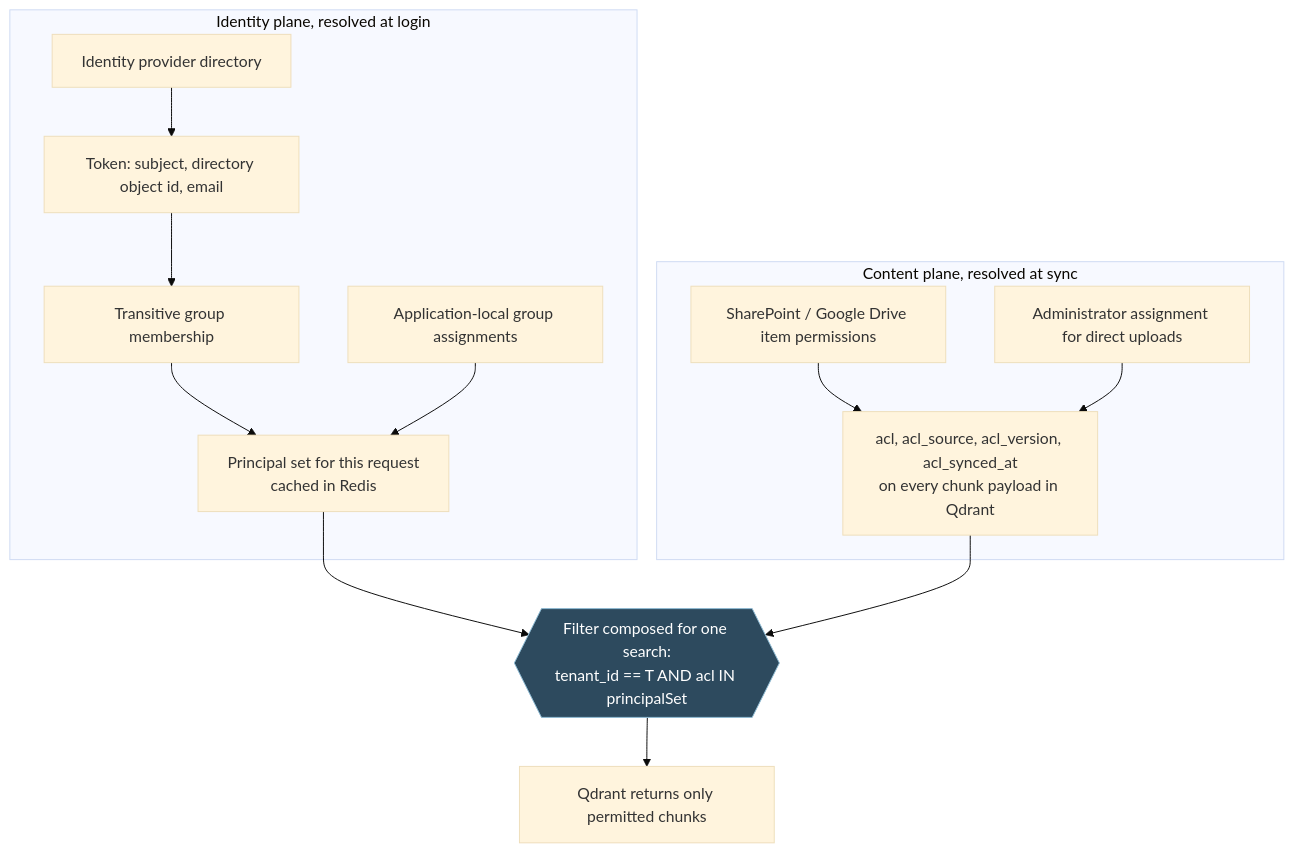
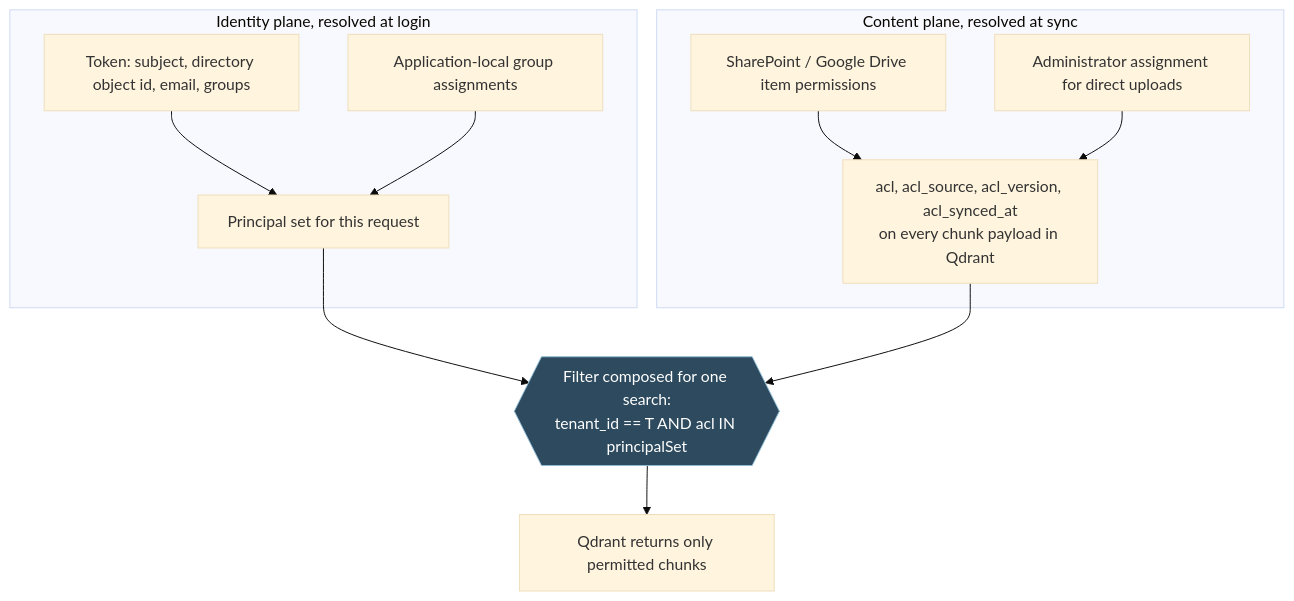
The second of 6 diagrams in docs/architecture/permission-aware-retrieval.md (Lukk17/AscendAI), drawn with Mermaid (base theme) before and after one commit. The commit also changed other lines of this file and 1 other file, not shown here.

First line of the commit message:
docs(architecture): align the retrieval design with the Keycloak scope

````diff
--- a/docs/architecture/permission-aware-retrieval.md
+++ b/docs/architecture/permission-aware-retrieval.md
@@ -76,29 +70,27 @@
 ```mermaid
 flowchart TB
     accTitle: Identity plane and content plane meeting only at query time
-    accDescr: Group membership is resolved at login and lives in Redis. Access lists are resolved at sync and live in Qdrant payloads. The only place they meet is the filter composed for a single search.
+    accDescr: Group membership is read from the already-validated token at login. Access lists are resolved at sync and live in Qdrant payloads. The only place they meet is the filter composed for a single search.
 
     subgraph identity["Identity plane, resolved at login"]
-        A1[Identity provider directory]
-        A2[Token: subject, directory object id, email]
-        A3[Transitive group membership]
+        A2[Token: subject, directory object id, email, groups]
         A4[Application-local group assignments]
-        A5[Principal set for this request<br/>cached in Redis]
-        A1 --> A2 --> A3 --> A5
+        A5[Principal set for this request]
+        A2 --> A5
         A4 --> A5
     end
 
     subgraph content["Content plane, resolved at sync"]
         B1[SharePoint / Google Drive item permissions]
         B2[Administrator assignment for direct uploads]
         B3[acl, acl_source, acl_version, acl_synced_at<br/>on every chunk payload in Qdrant]
         B1 --> B3
         B2 --> B3
     end
 
     A5 --> F{{"Filter composed for one search:<br/>tenant_id == T AND acl IN principalSet"}}
     B3 --> F
     F --> R[Qdrant returns only permitted chunks]
 
     style F fill:#2d4a5e,stroke:#8fbcd4,color:#ffffff
 ```
````
